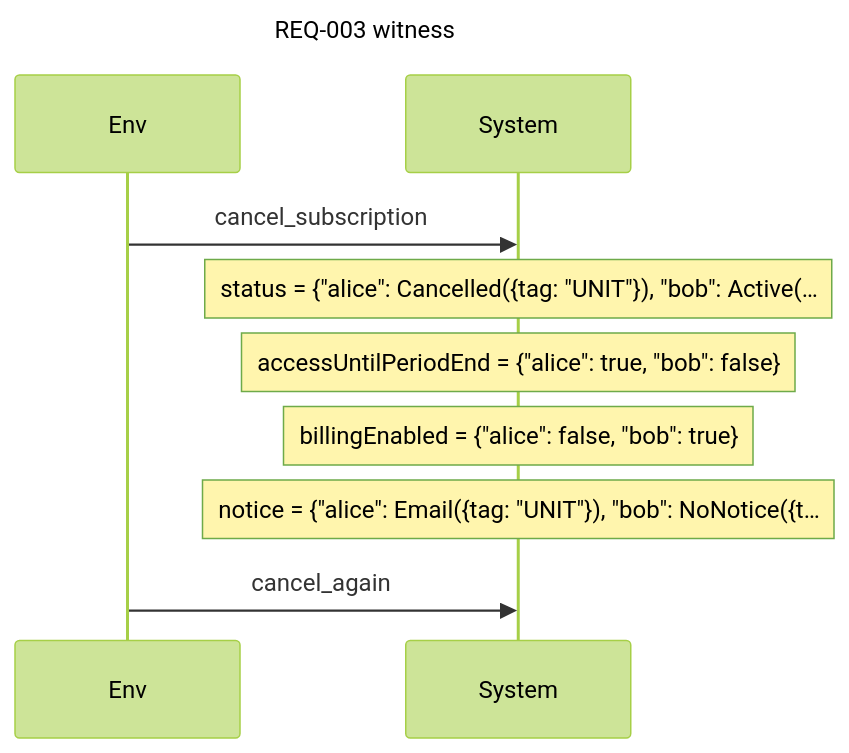
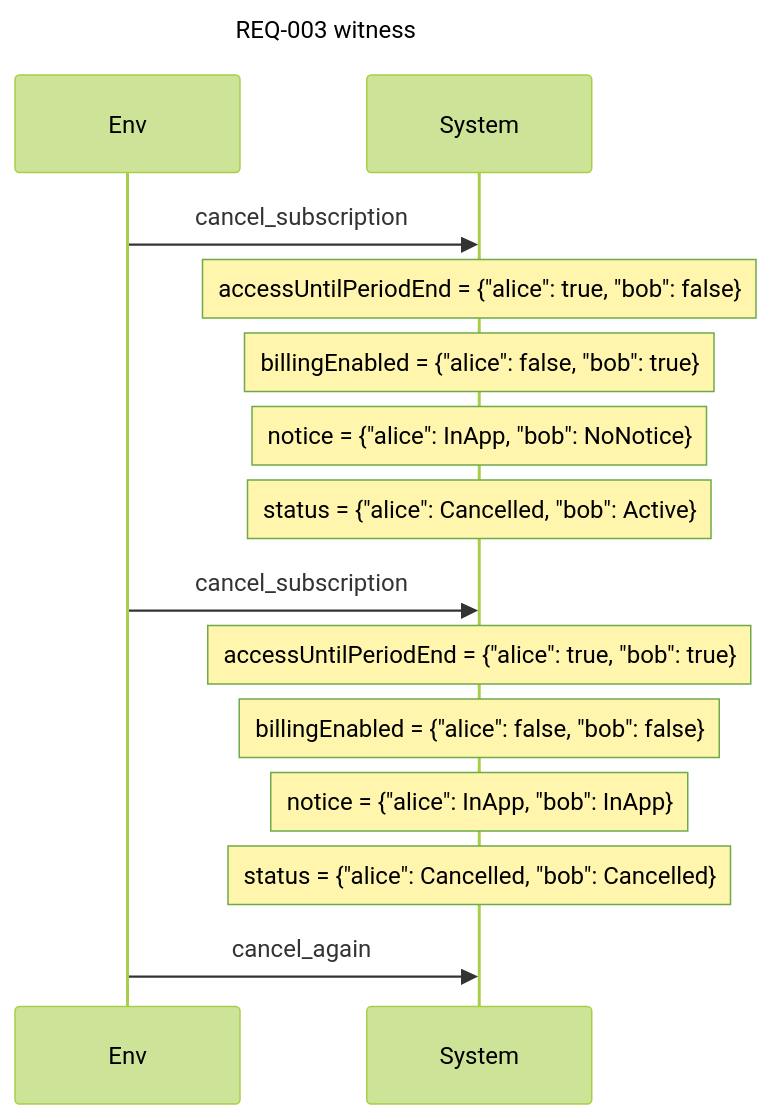
One commit to AlesKracik/quintessence changed the fifth of 8 diagrams in examples/specs/subscription.readback.md. Above: the diagram before and after it, drawn with Mermaid (forest theme). The commit also changed other lines of this file and 53 other files, not shown here.

````diff
--- a/examples/specs/subscription.readback.md
+++ b/examples/specs/subscription.readback.md
@@ -382,12 +388,17 @@
 ```mermaid
 sequenceDiagram
     title REQ-003 witness
     participant E as Env
     participant S as System
     E->>S: cancel_subscription
-    Note over S: status = {"alice": Cancelled({tag: "UNIT"}), "bob": Active(…
     Note over S: accessUntilPeriodEnd = {"alice": true, "bob": false}
     Note over S: billingEnabled = {"alice": false, "bob": true}
-    Note over S: notice = {"alice": Email({tag: "UNIT"}), "bob": NoNotice({t…
+    Note over S: notice = {"alice": InApp, "bob": NoNotice}
+    Note over S: status = {"alice": Cancelled, "bob": Active}
+    E->>S: cancel_subscription
+    Note over S: accessUntilPeriodEnd = {"alice": true, "bob": true}
+    Note over S: billingEnabled = {"alice": false, "bob": false}
+    Note over S: notice = {"alice": InApp, "bob": InApp}
+    Note over S: status = {"alice": Cancelled, "bob": Cancelled}
     E->>S: cancel_again
 ```
````
